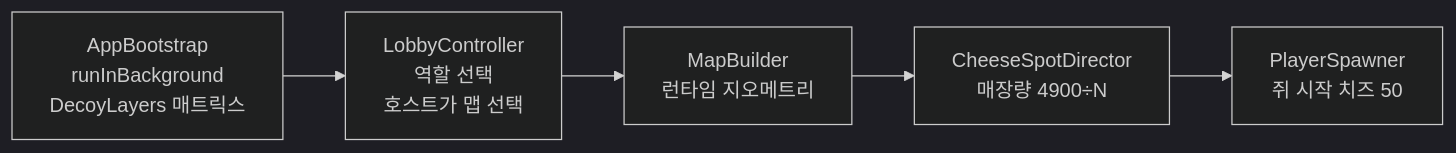
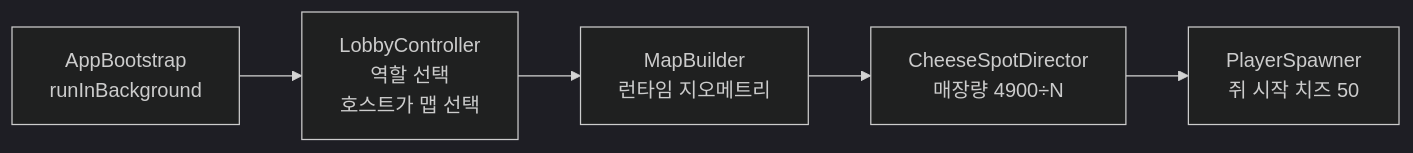
Before and after one commit to JeahanPark/The-Cheese-Thief-and-the-Cat: the first of 10 diagrams in CTC/docs/design-vault/코드 다이어그램.md, drawn with Mermaid (dark theme). The commit also changed other lines of this file and 11 other files, not shown here.

````diff
--- a/CTC/docs/design-vault/코드 다이어그램.md
+++ b/CTC/docs/design-vault/코드 다이어그램.md
@@ -21,8 +21,8 @@
 ```mermaid
 flowchart LR
-    Boot[AppBootstrap<br/>runInBackground<br/>DecoyLayers 매트릭스]
+    Boot[AppBootstrap<br/>runInBackground]
     Boot --> Lobby[LobbyController<br/>역할 선택<br/>호스트가 맵 선택]
     Lobby --> Build[MapBuilder<br/>런타임 지오메트리]
     Build --> Rebind[CheeseSpotDirector<br/>매장량 4900÷N]
     Rebind --> Spawn[PlayerSpawner<br/>쥐 시작 치즈 50]
 ```
````
